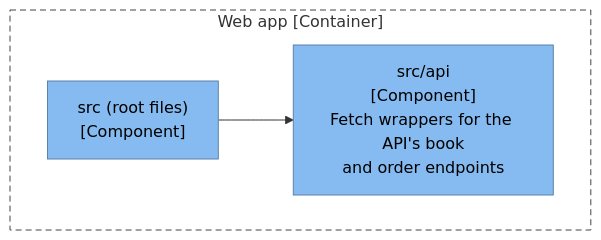
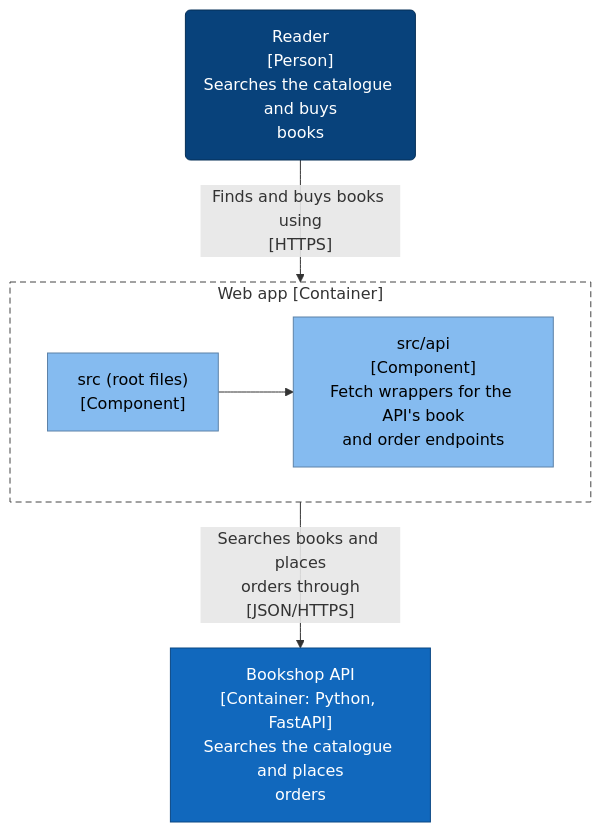
One commit to ythalorossy/architecture-skills changed the fourth of 8 diagrams in examples/bookshop/ArchitectureReport.md. Above: the diagram before and after it, drawn with Mermaid. The commit also changed other lines of this file and 16 other files, not shown here.

````diff
--- a/examples/bookshop/ArchitectureReport.md
+++ b/examples/bookshop/ArchitectureReport.md
@@ -163,16 +165,22 @@
 ```mermaid
 flowchart TB
     subgraph boundary["Web app [Container]"]
         web_src__files["src (root files)<br/>[Component]"]
         web_src_api["src/api<br/>[Component]<br/>Fetch wrappers for the API's book<br/>and order endpoints"]
     end
     web_src__files --> web_src_api
+    reader("Reader<br/>[Person]<br/>Searches the catalogue and buys<br/>books")
+    reader -->|"Finds and buys books using<br/>[HTTPS]"| boundary
+    bookshop_api["Bookshop API<br/>[Container: Python, FastAPI]<br/>Searches the catalogue and places<br/>orders"]
+    boundary -->|"Searches books and places<br/>orders through<br/>[JSON/HTTPS]"| bookshop_api
     classDef person fill:#08427b,stroke:#052e56,color:#ffffff
     classDef container fill:#1168bd,stroke:#0b4884,color:#ffffff
     classDef system fill:#1168bd,stroke:#0b4884,color:#ffffff
     classDef component fill:#85bbf0,stroke:#5d82a8,color:#000000
     classDef external fill:#999999,stroke:#6b6b6b,color:#ffffff
     classDef shared fill:#dbe9f6,stroke:#5d82a8,color:#000000,stroke-dasharray:4 3
     class web_src__files,web_src_api component
+    class reader person
+    class bookshop_api container
     style boundary fill:none,stroke:#444444,stroke-dasharray:6 4
 ```
````
